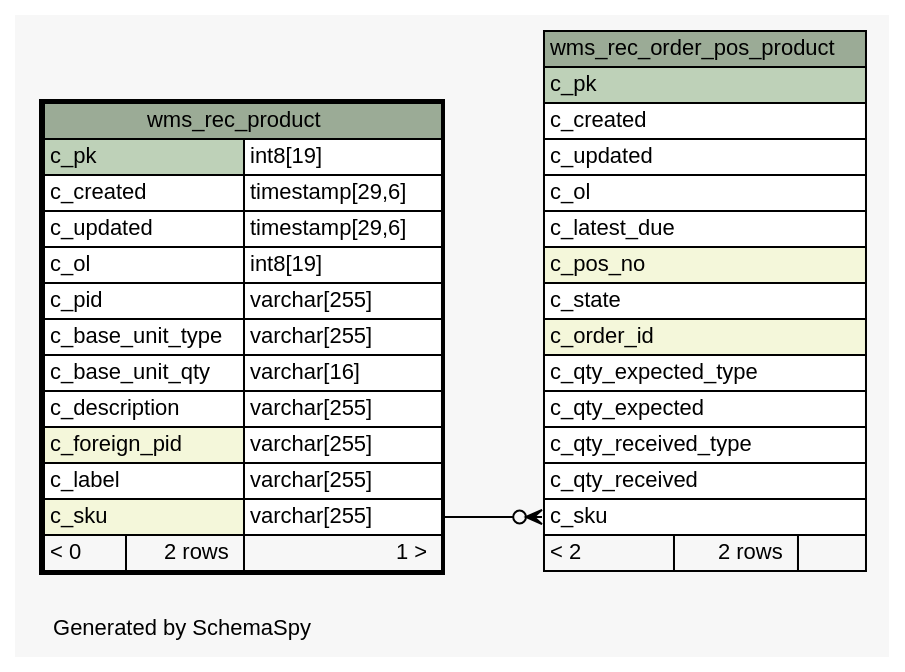
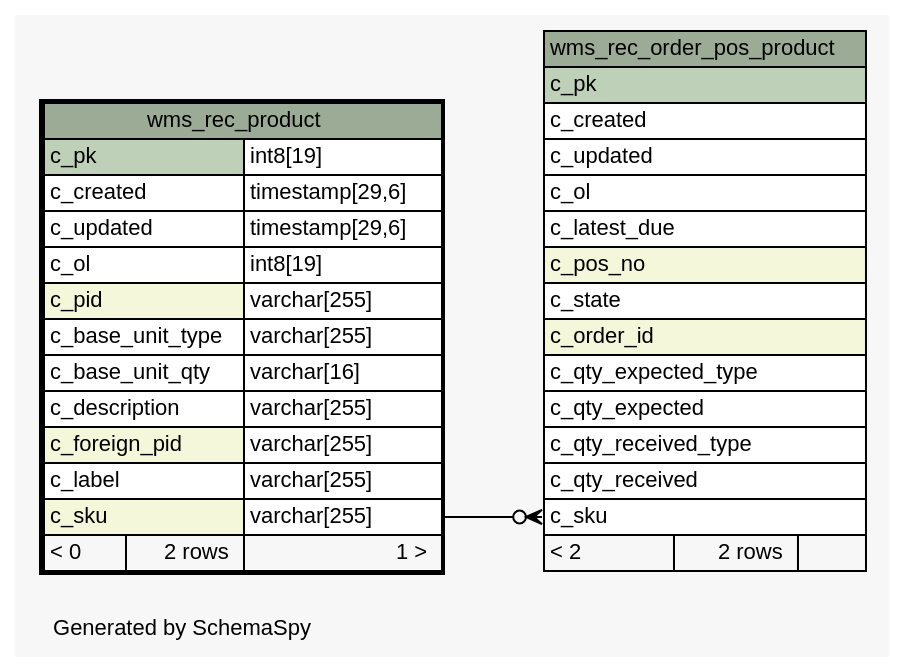
Before and after one commit to openwms/org.openwms.wms.receiving.lib: the diagram in 1.0.0-SNAPSHOT/schemaspy/diagrams/wms_rec_product.1degree.dot, drawn with Graphviz. The commit also changed 374 other files, not shown here.

```diff
--- a/1.0.0-SNAPSHOT/schemaspy/diagrams/wms_rec_product.1degree.dot
+++ b/1.0.0-SNAPSHOT/schemaspy/diagrams/wms_rec_product.1degree.dot
@@ -1,65 +1,65 @@
 // dot 2.43.0 on Linux 5.11.0-1028-azure
 // SchemaSpy rev Unknown
 digraph "oneDegreeRelationshipsDiagram" {
   graph [
     rankdir="RL"
     bgcolor="#f7f7f7"
     label="\nGenerated by SchemaSpy"
     labeljust="l"
     nodesep="0.18"
     ranksep="0.46"
     fontname="Helvetica"
     fontsize="11"
   ];
   node [
     fontname="Helvetica"
     fontsize="11"
     shape="plaintext"
   ];
   edge [
     arrowsize="0.8"
   ];
   "wms_rec_order_pos_product":"c_sku":w -> "wms_rec_product":"c_sku.type":e [arrowhead=none dir=back arrowtail=crowodot];
   "wms_rec_order_pos_product" [
     label=<
     <TABLE BORDER="0" CELLBORDER="1" CELLSPACING="0" BGCOLOR="#ffffff">
       <TR><TD COLSPAN="3" BGCOLOR="#9bab96" ALIGN="CENTER">wms_rec_order_pos_product</TD></TR>
       <TR><TD PORT="c_pk" COLSPAN="3" BGCOLOR="#bed1b8" ALIGN="LEFT">c_pk</TD></TR>
       <TR><TD PORT="c_created" COLSPAN="3" ALIGN="LEFT">c_created</TD></TR>
       <TR><TD PORT="c_updated" COLSPAN="3" ALIGN="LEFT">c_updated</TD></TR>
       <TR><TD PORT="c_ol" COLSPAN="3" ALIGN="LEFT">c_ol</TD></TR>
       <TR><TD PORT="c_latest_due" COLSPAN="3" ALIGN="LEFT">c_latest_due</TD></TR>
       <TR><TD PORT="c_pos_no" COLSPAN="3" BGCOLOR="#f4f7da" ALIGN="LEFT">c_pos_no</TD></TR>
       <TR><TD PORT="c_state" COLSPAN="3" ALIGN="LEFT">c_state</TD></TR>
       <TR><TD PORT="c_order_id" COLSPAN="3" BGCOLOR="#f4f7da" ALIGN="LEFT">c_order_id</TD></TR>
       <TR><TD PORT="c_qty_expected_type" COLSPAN="3" ALIGN="LEFT">c_qty_expected_type</TD></TR>
       <TR><TD PORT="c_qty_expected" COLSPAN="3" ALIGN="LEFT">c_qty_expected</TD></TR>
       <TR><TD PORT="c_qty_received_type" COLSPAN="3" ALIGN="LEFT">c_qty_received_type</TD></TR>
       <TR><TD PORT="c_qty_received" COLSPAN="3" ALIGN="LEFT">c_qty_received</TD></TR>
       <TR><TD PORT="c_sku" COLSPAN="3" ALIGN="LEFT">c_sku</TD></TR>
       <TR><TD ALIGN="LEFT" BGCOLOR="#f7f7f7">&lt; 2</TD><TD ALIGN="RIGHT" BGCOLOR="#f7f7f7">2 rows</TD><TD ALIGN="RIGHT" BGCOLOR="#f7f7f7">  </TD></TR>
     </TABLE>>
     URL="wms_rec_order_pos_product.html"
     tooltip="wms_rec_order_pos_product"
   ];
   "wms_rec_product" [
     label=<
     <TABLE BORDER="2" CELLBORDER="1" CELLSPACING="0" BGCOLOR="#ffffff">
       <TR><TD COLSPAN="3" BGCOLOR="#9bab96" ALIGN="CENTER">wms_rec_product</TD></TR>
       <TR><TD PORT="c_pk" COLSPAN="2" BGCOLOR="#bed1b8" ALIGN="LEFT">c_pk</TD><TD PORT="c_pk.type" ALIGN="LEFT">int8[19]</TD></TR>
       <TR><TD PORT="c_created" COLSPAN="2" ALIGN="LEFT">c_created</TD><TD PORT="c_created.type" ALIGN="LEFT">timestamp[29,6]</TD></TR>
       <TR><TD PORT="c_updated" COLSPAN="2" ALIGN="LEFT">c_updated</TD><TD PORT="c_updated.type" ALIGN="LEFT">timestamp[29,6]</TD></TR>
       <TR><TD PORT="c_ol" COLSPAN="2" ALIGN="LEFT">c_ol</TD><TD PORT="c_ol.type" ALIGN="LEFT">int8[19]</TD></TR>
-      <TR><TD PORT="c_pid" COLSPAN="2" ALIGN="LEFT">c_pid</TD><TD PORT="c_pid.type" ALIGN="LEFT">varchar[255]</TD></TR>
+      <TR><TD PORT="c_pid" COLSPAN="2" BGCOLOR="#f4f7da" ALIGN="LEFT">c_pid</TD><TD PORT="c_pid.type" ALIGN="LEFT">varchar[255]</TD></TR>
       <TR><TD PORT="c_base_unit_type" COLSPAN="2" ALIGN="LEFT">c_base_unit_type</TD><TD PORT="c_base_unit_type.type" ALIGN="LEFT">varchar[255]</TD></TR>
       <TR><TD PORT="c_base_unit_qty" COLSPAN="2" ALIGN="LEFT">c_base_unit_qty</TD><TD PORT="c_base_unit_qty.type" ALIGN="LEFT">varchar[16]</TD></TR>
       <TR><TD PORT="c_description" COLSPAN="2" ALIGN="LEFT">c_description</TD><TD PORT="c_description.type" ALIGN="LEFT">varchar[255]</TD></TR>
       <TR><TD PORT="c_foreign_pid" COLSPAN="2" BGCOLOR="#f4f7da" ALIGN="LEFT">c_foreign_pid</TD><TD PORT="c_foreign_pid.type" ALIGN="LEFT">varchar[255]</TD></TR>
       <TR><TD PORT="c_label" COLSPAN="2" ALIGN="LEFT">c_label</TD><TD PORT="c_label.type" ALIGN="LEFT">varchar[255]</TD></TR>
       <TR><TD PORT="c_sku" COLSPAN="2" BGCOLOR="#f4f7da" ALIGN="LEFT">c_sku</TD><TD PORT="c_sku.type" ALIGN="LEFT">varchar[255]</TD></TR>
       <TR><TD ALIGN="LEFT" BGCOLOR="#f7f7f7">&lt; 0</TD><TD ALIGN="RIGHT" BGCOLOR="#f7f7f7">2 rows</TD><TD ALIGN="RIGHT" BGCOLOR="#f7f7f7">1 &gt;</TD></TR>
     </TABLE>>
     URL="wms_rec_product.html"
     tooltip="wms_rec_product"
   ];
 }
```
